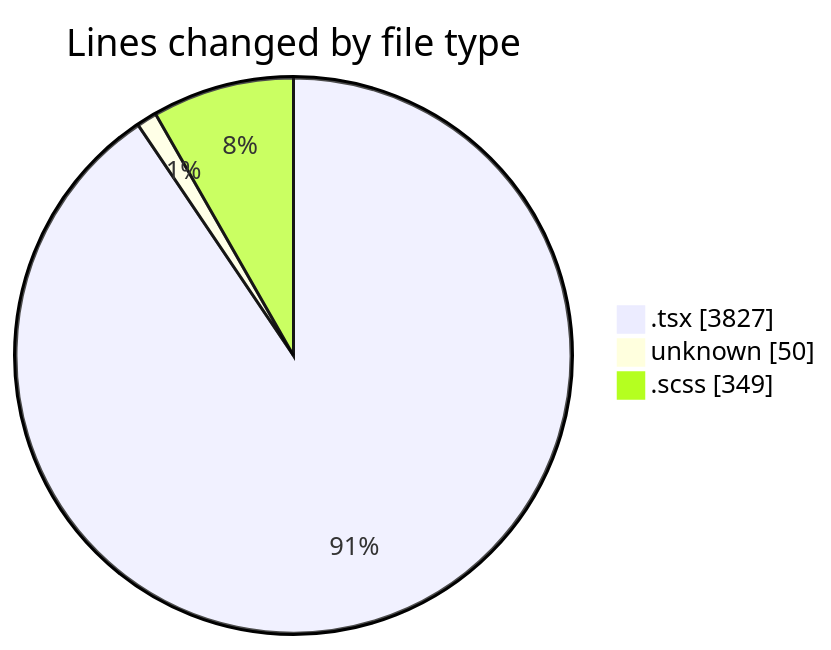
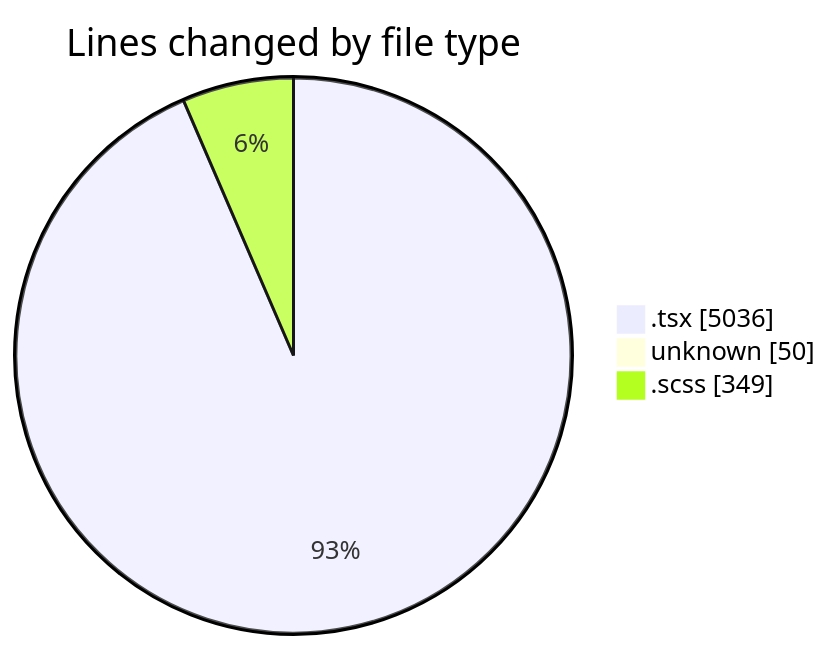
Before and after one commit to momahboobian/code-tracking: the first of 2 diagrams in 2025-12-05/cda/README.md, drawn with Mermaid. The commit also changed other lines of this file and 1 other file, not shown here.

````diff
--- a/2025-12-05/cda/README.md
+++ b/2025-12-05/cda/README.md
@@ -29,7 +30,7 @@
 ```mermaid
 pie showData
 title Lines changed by file type
-".tsx" : 3827
+".tsx" : 5036
 "unknown" : 50
 ".scss" : 349
 ```
````
